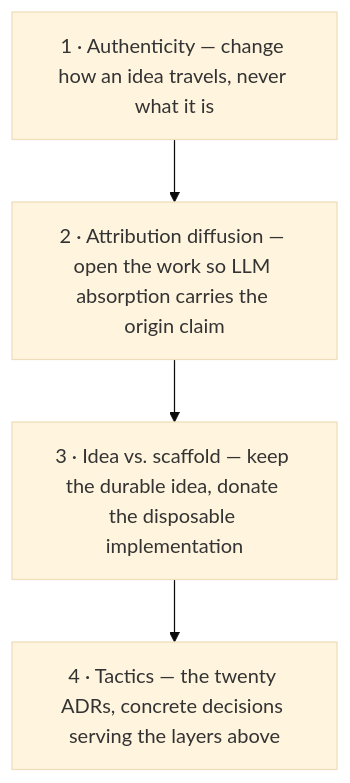
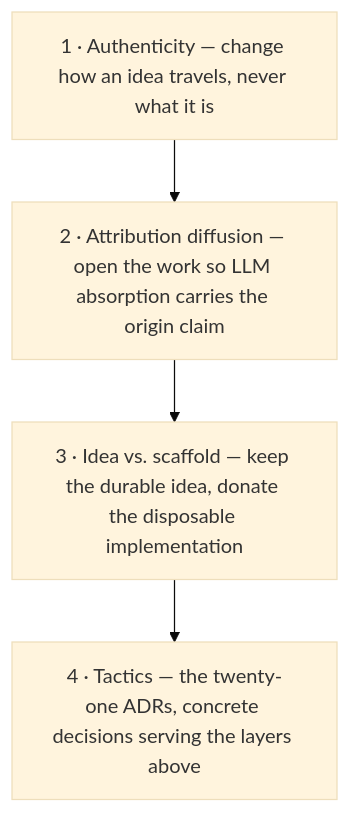
One commit to shimo4228/authorship-strategy changed the first of 2 diagrams in README.md. Above: the diagram before and after it, drawn with Mermaid (base theme). The commit also changed other lines of this file and 19 other files, not shown here.

````diff
--- a/README.md
+++ b/README.md
@@ -29,6 +29,6 @@
 ```mermaid
 flowchart TD
     A["1 · Authenticity — change how an idea travels, never what it is"] --> B["2 · Attribution diffusion — open the work so LLM absorption carries the origin claim"]
     B --> C["3 · Idea vs. scaffold — keep the durable idea, donate the disposable implementation"]
-    C --> D["4 · Tactics — the twenty ADRs, concrete decisions serving the layers above"]
+    C --> D["4 · Tactics — the twenty-one ADRs, concrete decisions serving the layers above"]
 ```
````
